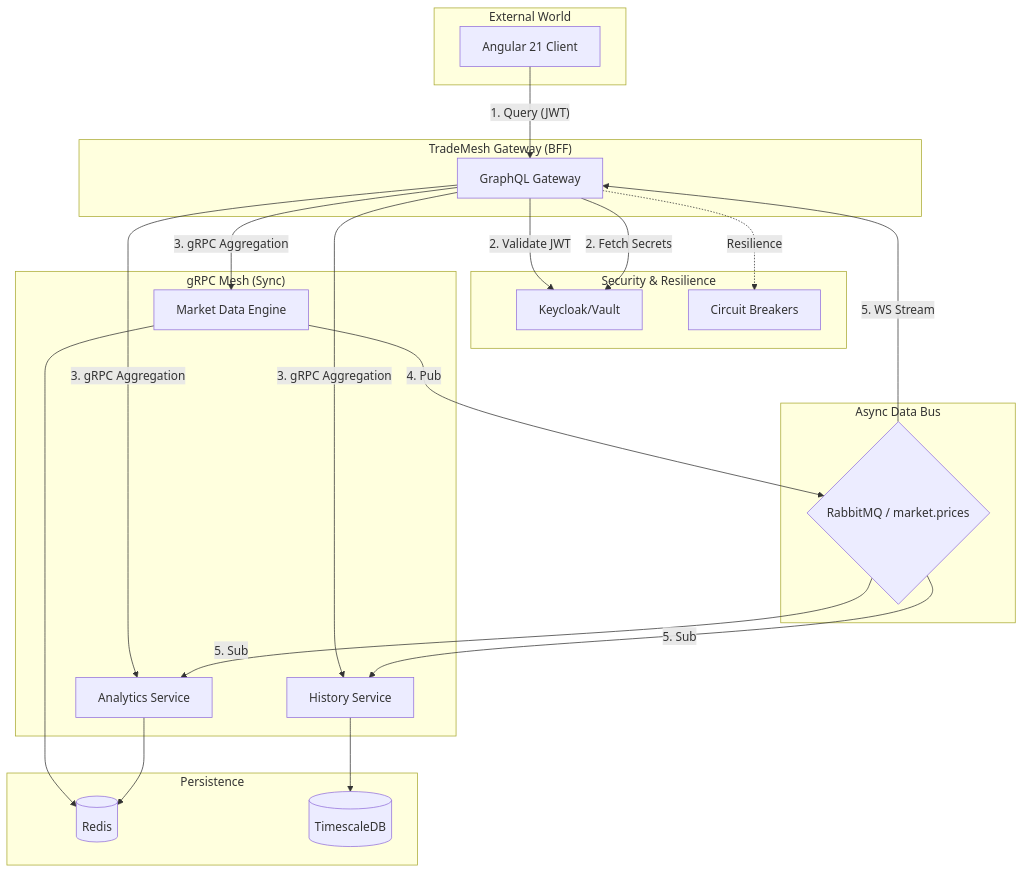
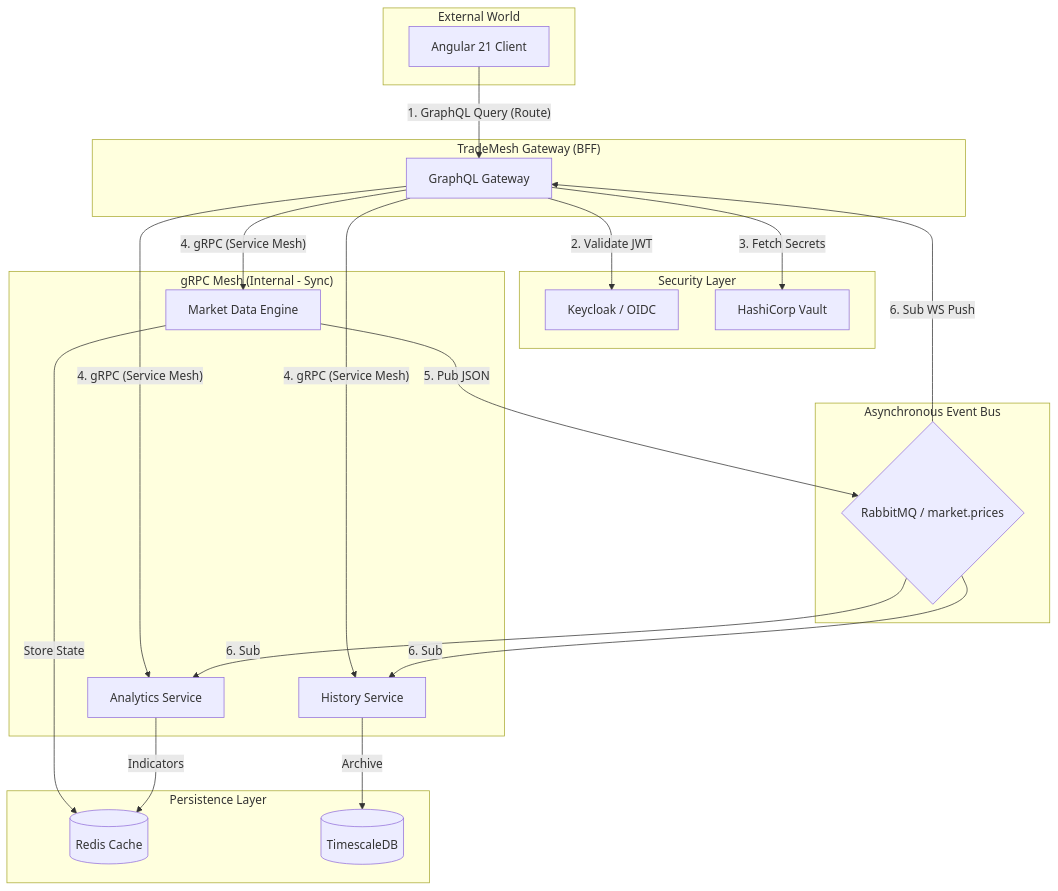
Before and after one commit to dawidbera/trade-mesh: the diagram in README.md, drawn with Mermaid. The commit also changed other lines of this file and 28 other files, not shown here.

````diff
--- a/README.md
+++ b/README.md
@@ -14,52 +17,51 @@
 ```mermaid
 graph TD
     subgraph "External World"
         Client[Angular 21 Client]
     end
 
-    subgraph "Security & Resilience"
-        Security[Keycloak/Vault]
-        Resilience[Circuit Breakers]
+    subgraph "Security Layer"
+        Auth[Keycloak / OIDC]
+        Vault[HashiCorp Vault]
     end
 
     subgraph "TradeMesh Gateway (BFF)"
         Gateway[GraphQL Gateway]
     end
 
-    subgraph "gRPC Mesh (Sync)"
+    subgraph "gRPC Mesh (Internal - Sync)"
         Market[Market Data Engine]
         Analytics[Analytics Service]
         History[History Service]
     end
 
-    subgraph "Async Data Bus"
+    subgraph "Asynchronous Event Bus"
         RabbitMQ{RabbitMQ / market.prices}
     end
 
-    subgraph "Persistence"
-        Redis[(Redis)]
+    subgraph "Persistence Layer"
+        Redis[(Redis Cache)]
         Timescale[(TimescaleDB)]
     end
 
-    %% Flow
-    Client -- "1. Query (JWT)" --> Gateway
-    Gateway -- "2. Validate JWT" --> Security
-    Gateway -- "2. Fetch Secrets" --> Security
-    Gateway -. "Resilience" .-> Resilience
+    %% Request Flows
+    Client -- "1. GraphQL Query (Route)" --> Gateway
+    Gateway -- "2. Validate JWT" --> Auth
+    Gateway -- "3. Fetch Secrets" --> Vault
     
-    %% Sync
-    Gateway -- "3. gRPC Aggregation" --> Market
-    Gateway -- "3. gRPC Aggregation" --> Analytics
-    Gateway -- "3. gRPC Aggregation" --> History
+    %% Internal gRPC calls (Sync)
+    Gateway -- "4. gRPC (Service Mesh)" --> Market
+    Gateway -- "4. gRPC (Service Mesh)" --> Analytics
+    Gateway -- "4. gRPC (Service Mesh)" --> History
 
-    %% Async
-    Market -- "4. Pub" --> RabbitMQ
-    RabbitMQ -- "5. Sub" --> Analytics
-    RabbitMQ -- "5. Sub" --> History
-    RabbitMQ -- "5. WS Stream" --> Gateway
+    %% Event Flow (Async)
+    Market -- "5. Pub JSON" --> RabbitMQ
+    RabbitMQ -- "6. Sub" --> Analytics
+    RabbitMQ -- "6. Sub" --> History
+    RabbitMQ -- "6. Sub WS Push" --> Gateway
     
     %% Storage
-    Market --> Redis
-    Analytics --> Redis
-    History --> Timescale
+    Market -- "Store State" --> Redis
+    Analytics -- "Indicators" --> Redis
+    History -- "Archive" --> Timescale
 ```
````
